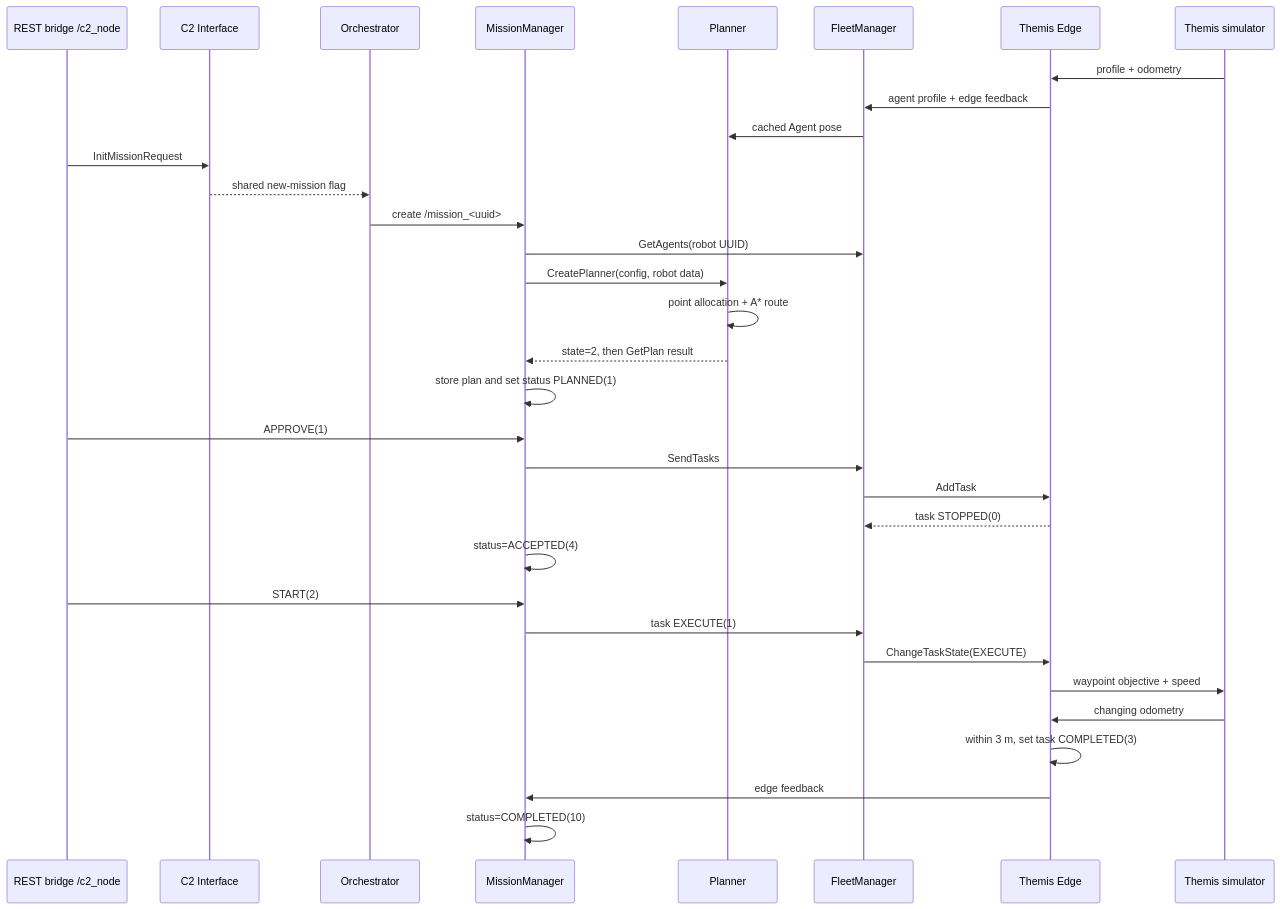
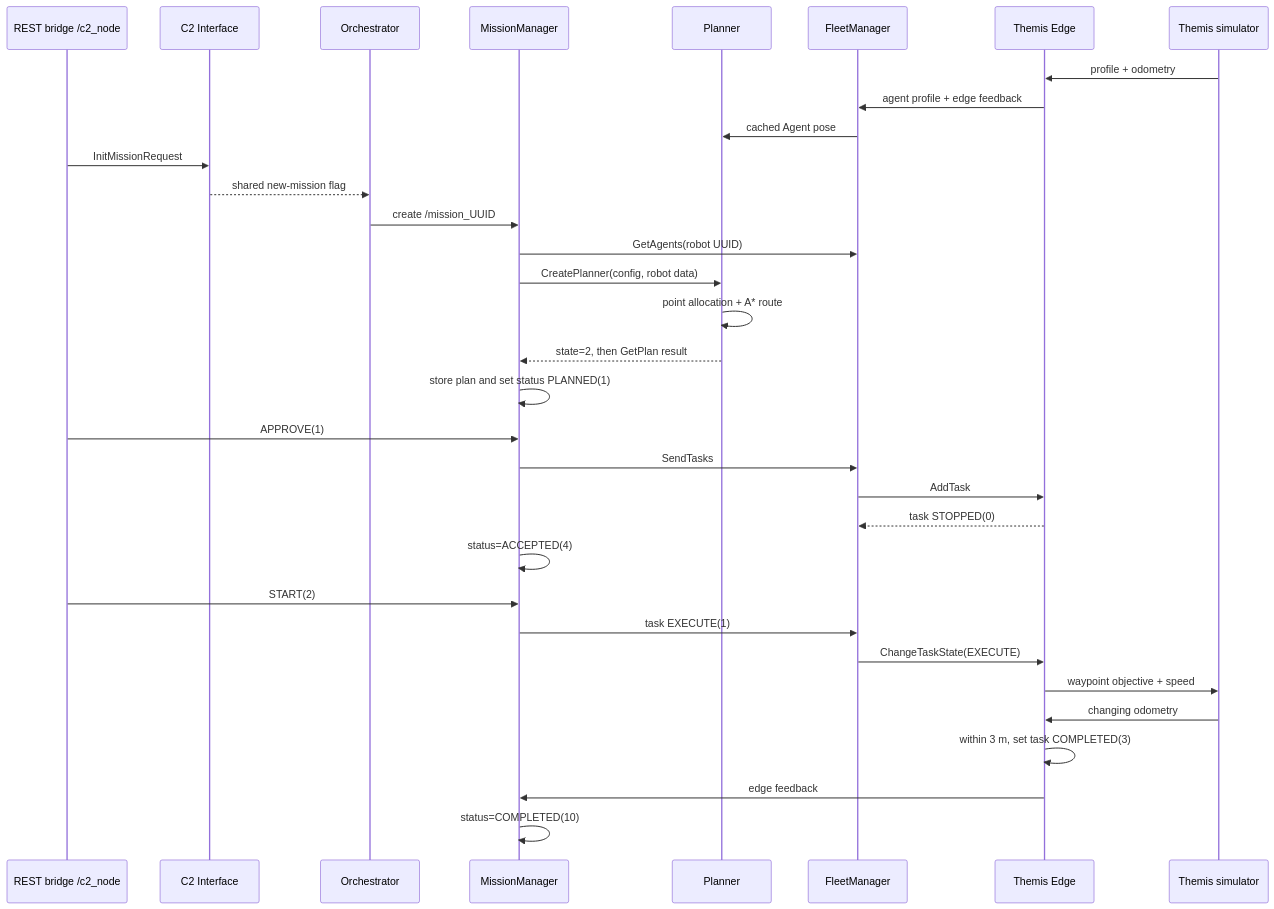
One commit to LEBaz2211/C2_imugs2 changed the diagram in docs/SINGLE_ROBOT_MISSION_CODE_WALKTHROUGH.md. Above: the diagram before and after it, drawn with Mermaid. The commit also changed 32 other files, not shown here.

````diff
--- a/docs/SINGLE_ROBOT_MISSION_CODE_WALKTHROUGH.md
+++ b/docs/SINGLE_ROBOT_MISSION_CODE_WALKTHROUGH.md
@@ -155,39 +155,39 @@
 ```mermaid
 sequenceDiagram
     participant REST as REST bridge /c2_node
     participant IF as C2 Interface
     participant OR as Orchestrator
     participant MM as MissionManager
     participant PL as Planner
     participant FM as FleetManager
     participant ED as Themis Edge
     participant AU as Themis simulator
 
     AU->>ED: profile + odometry
     ED->>FM: agent profile + edge feedback
     FM->>PL: cached Agent pose
 
     REST->>IF: InitMissionRequest
     IF-->>OR: shared new-mission flag
-    OR->>MM: create /mission_<uuid>
+    OR->>MM: create /mission_UUID
     MM->>FM: GetAgents(robot UUID)
     MM->>PL: CreatePlanner(config, robot data)
     PL->>PL: point allocation + A* route
     PL-->>MM: state=2, then GetPlan result
     MM->>MM: store plan and set status PLANNED(1)
 
     REST->>MM: APPROVE(1)
     MM->>FM: SendTasks
     FM->>ED: AddTask
     ED-->>FM: task STOPPED(0)
     MM->>MM: status=ACCEPTED(4)
 
     REST->>MM: START(2)
     MM->>FM: task EXECUTE(1)
     FM->>ED: ChangeTaskState(EXECUTE)
     ED->>AU: waypoint objective + speed
     AU->>ED: changing odometry
     ED->>ED: within 3 m, set task COMPLETED(3)
     ED->>MM: edge feedback
     MM->>MM: status=COMPLETED(10)
 ```
````
